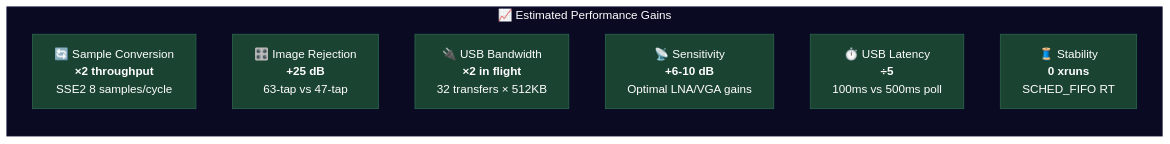
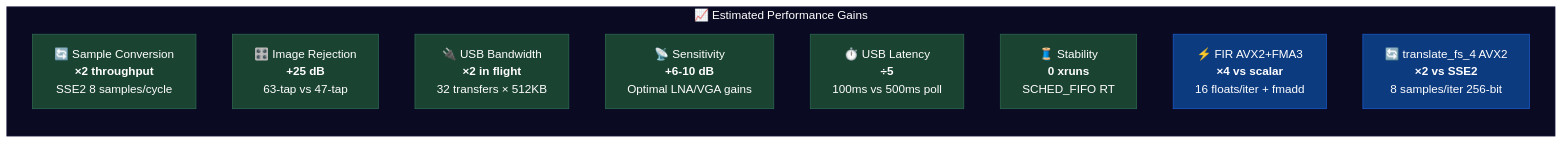
One commit to f4tnk/airspyone_host changed diagram 13 of 13 in OPTIMIZATIONS-F4TNK.md. Above: the diagram before and after it, drawn with Mermaid. The commit also changed other lines of this file and 3 other files, not shown here.

First line of the commit message:
feat: AVX2+FMA3+NEON SIMD optimizations (mods 25-32)

````diff
--- a/OPTIMIZATIONS-F4TNK.md
+++ b/OPTIMIZATIONS-F4TNK.md
@@ -646,20 +904,24 @@
 ```mermaid
 flowchart TB
     subgraph Perf["📈 Estimated Performance Gains"]
         direction TB
         G1["🔄 Sample Conversion<br/><b>×2 throughput</b><br/>SSE2 8 samples/cycle"]
         G2["🎛️ Image Rejection<br/><b>+25 dB</b><br/>63-tap vs 47-tap"]
         G3["🔌 USB Bandwidth<br/><b>×2 in flight</b><br/>32 transfers × 512KB"]
         G4["📡 Sensitivity<br/><b>+6-10 dB</b><br/>Optimal LNA/VGA gains"]
         G5["⏱️ USB Latency<br/><b>÷5</b><br/>100ms vs 500ms poll"]
         G6["🧵 Stability<br/><b>0 xruns</b><br/>SCHED_FIFO RT"]
+        G7["⚡ FIR AVX2+FMA3<br/><b>×4 vs scalar</b><br/>16 floats/iter + fmadd"]
+        G8["🔄 translate_fs_4 AVX2<br/><b>×2 vs SSE2</b><br/>8 samples/iter 256-bit"]
     end
 
     style Perf fill:#0a0a23,stroke:#1a1a40,color:#fff
     style G1 fill:#1b4332,stroke:#2d6a4f,color:#fff
     style G2 fill:#1b4332,stroke:#2d6a4f,color:#fff
     style G3 fill:#1b4332,stroke:#2d6a4f,color:#fff
     style G4 fill:#1b4332,stroke:#2d6a4f,color:#fff
     style G5 fill:#1b4332,stroke:#2d6a4f,color:#fff
     style G6 fill:#1b4332,stroke:#2d6a4f,color:#fff
+    style G7 fill:#0d3b80,stroke:#1a5ccc,color:#fff
+    style G8 fill:#0d3b80,stroke:#1a5ccc,color:#fff
 ```
````
